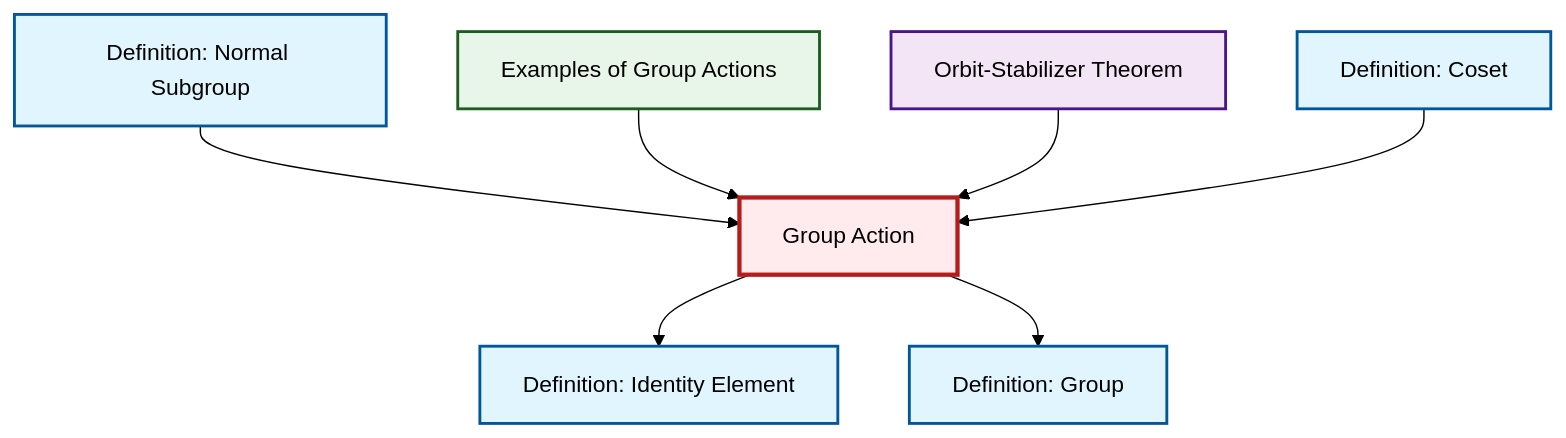
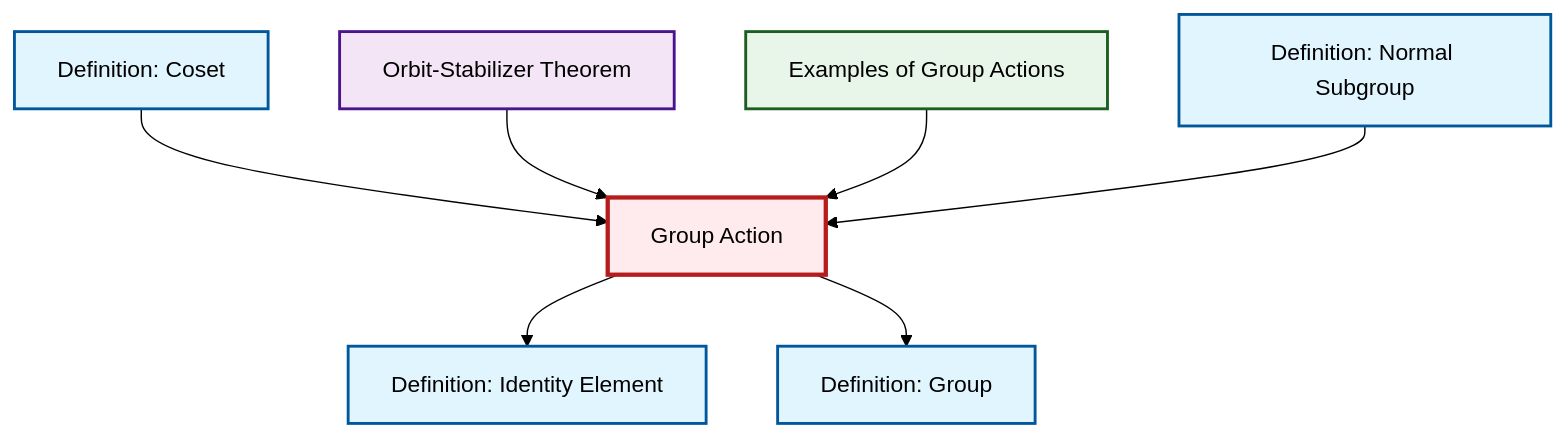
The diagram in content/ja/algebra/def-group-action.qmd (RK0429/ModernMath), drawn with Mermaid (forest theme) before and after one commit. The commit also changed other lines of this file and 360 other files, not shown here.

````diff
--- a/content/ja/algebra/def-group-action.qmd
+++ b/content/ja/algebra/def-group-action.qmd
@@ -61,29 +61,29 @@
 ```{mermaid}
 %%| fig-cap: "Local dependency graph"
 graph TD
     classDef definition fill:#e1f5fe,stroke:#01579b,stroke-width:2px
     classDef theorem fill:#f3e5f5,stroke:#4a148c,stroke-width:2px
     classDef axiom fill:#fff3e0,stroke:#e65100,stroke-width:2px
     classDef example fill:#e8f5e9,stroke:#1b5e20,stroke-width:2px
     classDef current fill:#ffebee,stroke:#b71c1c,stroke-width:3px
+    def-normal-subgroup["Definition: Normal Subgroup"]:::definition
+    thm-orbit-stabilizer["Orbit-Stabilizer Theorem"]:::theorem
+    def-coset["Definition: Coset"]:::definition
+    def-identity-element["Definition: Identity Element"]:::definition
+    def-group-action["Group Action"]:::definition
+    def-group["Definition: Group"]:::definition
     ex-group-action-examples["Examples of Group Actions"]:::example
-    def-normal-subgroup["Definition: Normal Subgroup"]:::definition
-    def-coset["Definition: Coset"]:::definition
-    def-group["Definition: Group"]:::definition
-    thm-orbit-stabilizer["Orbit-Stabilizer Theorem"]:::theorem
-    def-group-action["Group Action"]:::definition
-    def-identity-element["Definition: Identity Element"]:::definition
+    def-coset --> def-group-action
+    thm-orbit-stabilizer --> def-group-action
     def-group-action --> def-identity-element
+    ex-group-action-examples --> def-group-action
     def-group-action --> def-group
     def-normal-subgroup --> def-group-action
-    ex-group-action-examples --> def-group-action
-    thm-orbit-stabilizer --> def-group-action
-    def-coset --> def-group-action
     class def-group-action current
+    click def-normal-subgroup "def-normal-subgroup.html" "Definition: Normal Subgroupへ"
+    click thm-orbit-stabilizer "thm-orbit-stabilizer.html" "Orbit-Stabilizer Theoremへ"
+    click def-coset "def-coset.html" "Definition: Cosetへ"
+    click def-identity-element "def-identity-element.html" "Definition: Identity Elementへ"
+    click def-group "def-group.html" "Definition: Groupへ"
     click ex-group-action-examples "ex-group-action-examples.html" "Examples of Group Actionsへ"
-    click def-normal-subgroup "def-normal-subgroup.html" "Definition: Normal Subgroupへ"
-    click def-coset "def-coset.html" "Definition: Cosetへ"
-    click def-group "def-group.html" "Definition: Groupへ"
-    click thm-orbit-stabilizer "thm-orbit-stabilizer.html" "Orbit-Stabilizer Theoremへ"
-    click def-identity-element "def-identity-element.html" "Definition: Identity Elementへ"
 ```
````
